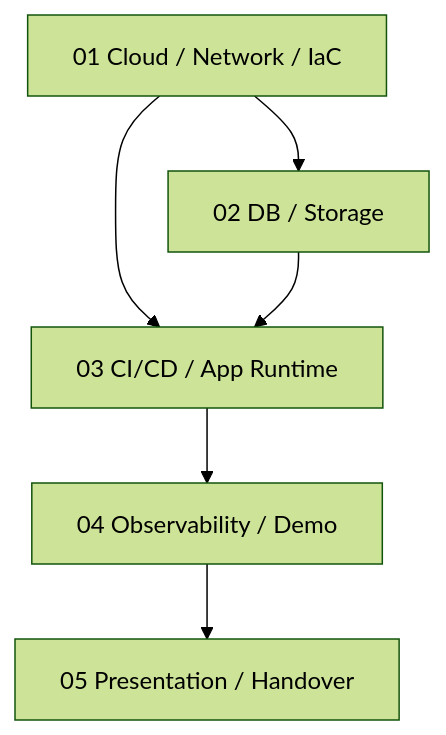
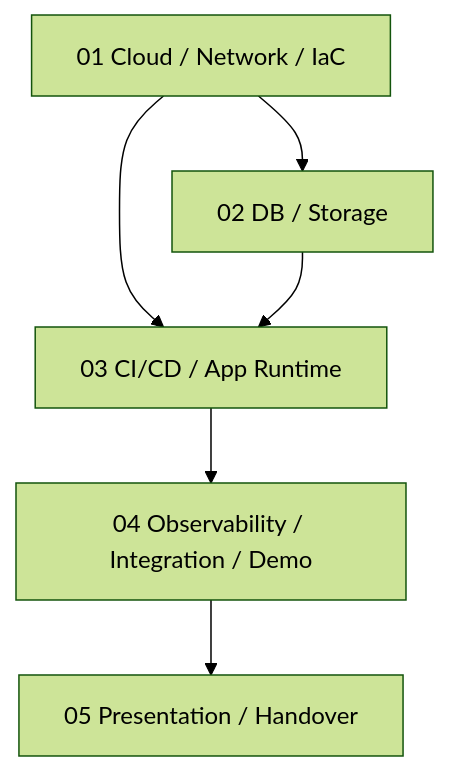
One commit to KosaCloudTeam2/infra-platform changed the diagram in docs/architecture/build-up/README.md. Above: the diagram before and after it, drawn with Mermaid (forest theme). The commit also changed 35 other files, not shown here.

````diff
--- a/docs/architecture/build-up/README.md
+++ b/docs/architecture/build-up/README.md
@@ -9,8 +9,8 @@
 ```mermaid
 flowchart TD
     A["01 Cloud / Network / IaC"] --> B["02 DB / Storage"]
     A --> C["03 CI/CD / App Runtime"]
     B --> C
-    C --> D["04 Observability / Demo"]
+    C --> D["04 Observability / Integration / Demo"]
     D --> E["05 Presentation / Handover"]
 ```
````
